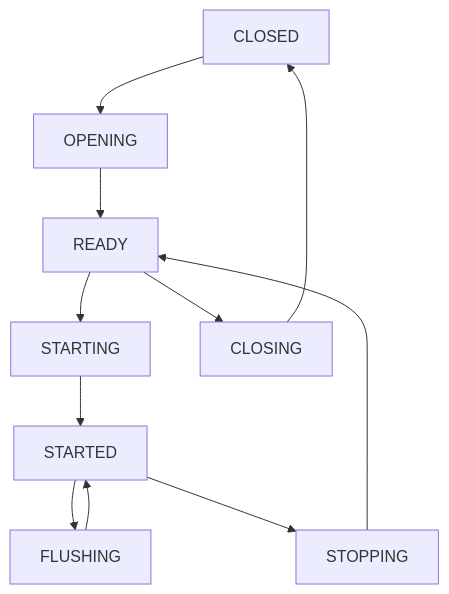
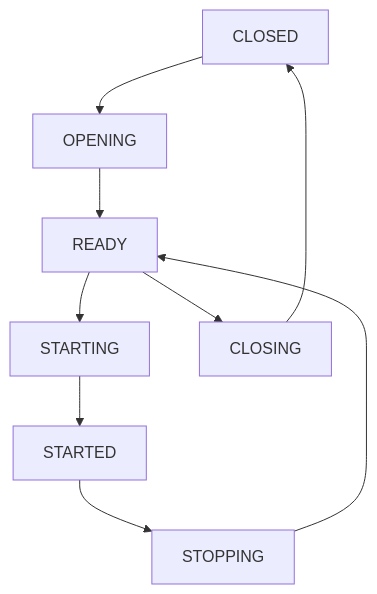
Before and after one commit to rdkcentral/rdk-halif-aidl: the second of 2 diagrams in docs/halif/hdmi_input/current/hdmi_input.md, drawn with Mermaid. The commit also changed other lines of this file and 12 other files, not shown here.

````diff
--- a/docs/halif/hdmi_input/current/hdmi_input.md
+++ b/docs/halif/hdmi_input/current/hdmi_input.md
@@ -165,13 +174,11 @@
 ```mermaid
 graph TD
     CLOSED --> OPENING
     OPENING --> READY
     READY --> STARTING
     STARTING --> STARTED
-    STARTED --> FLUSHING
     STARTED --> STOPPING
-    FLUSHING --> STARTED
     STOPPING --> READY
     READY --> CLOSING
     CLOSING --> CLOSED
 ```
````
